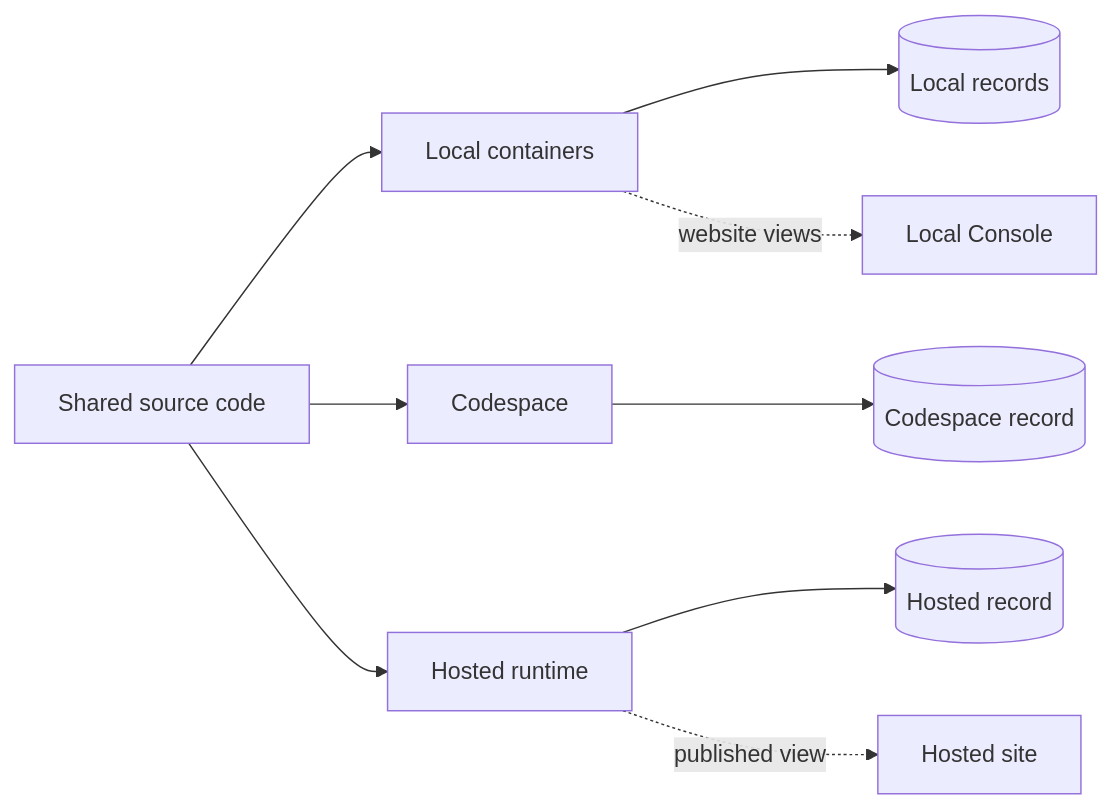
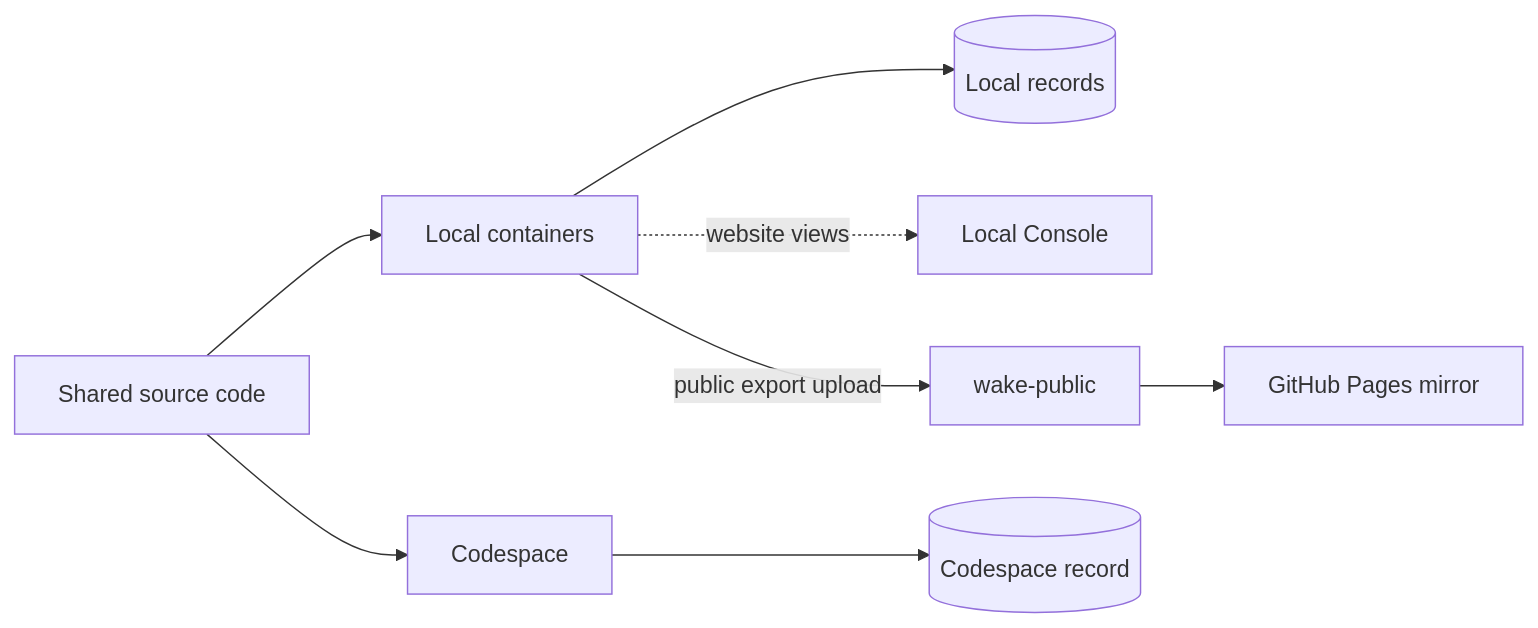
Before and after one commit to sudofx/wake: the second of 2 diagrams in README.md, drawn with Mermaid. The commit also changed other lines of this file and 49 other files, not shown here.

Commit message:
Retire GitHub research executor and publish container snapshots only

````diff
--- a/README.md
+++ b/README.md
@@ -132,11 +131,10 @@
 ```mermaid
 flowchart LR
   S[Shared source code] --> L[Local containers]
   S --> C[Codespace]
-  S --> H[Hosted runtime]
   L --> LR[(Local records)]
   C --> CR[(Codespace record)]
-  H --> HR[(Hosted record)]
   L -. website views .-> LV[Local Console]
-  H -. published view .-> HV[Hosted site]
+  L -->|public export upload| P[wake-public]
+  P --> HV[GitHub Pages mirror]
 ```
````
